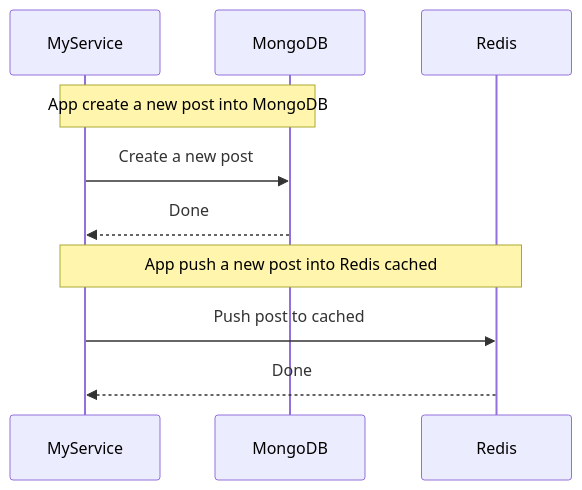
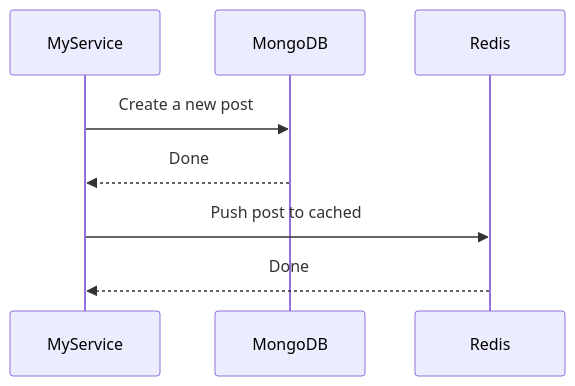
One commit to doanthuanthanh88/yas-sequence-diagram changed the fifth of 14 diagrams in GUIDE.md. Above: the diagram before and after it, drawn with Mermaid. The commit also changed other lines of this file and 14 other files, not shown here.

````diff
--- a/GUIDE.md
+++ b/GUIDE.md
@@ -122,11 +234,9 @@
 ```mermaid
 sequenceDiagram
 
-NOTE OVER MyService, MongoDB: App create a new post into MongoDB
 MyService ->> MongoDB: Create a new post
 MongoDB -->> MyService: Done
 
-NOTE OVER MyService, Redis: App push a new post into Redis cached
 MyService ->> Redis: Push post to cached
 Redis -->> MyService: Done
 ```
````
